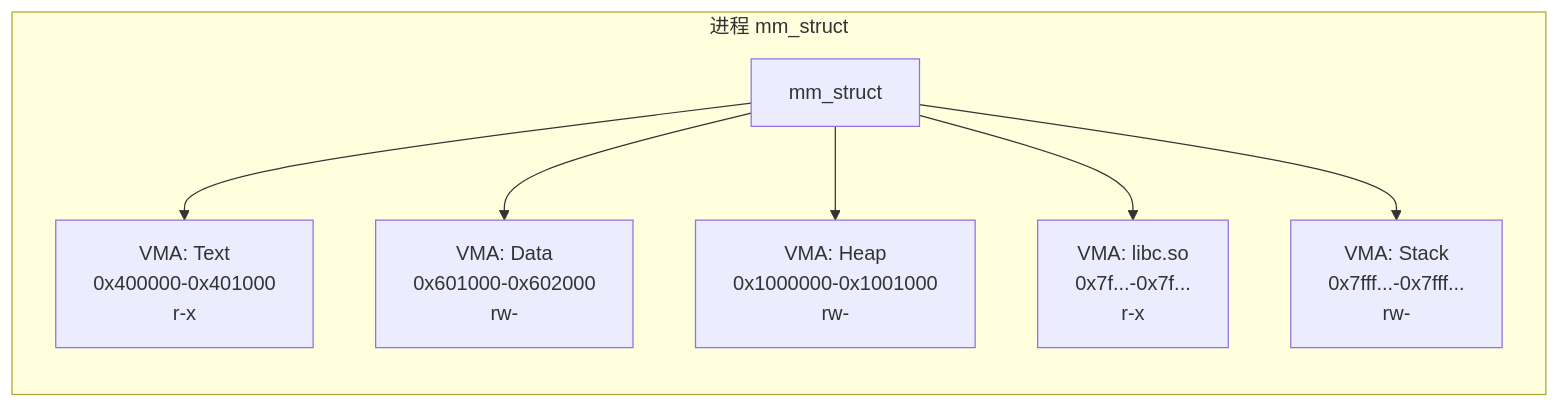
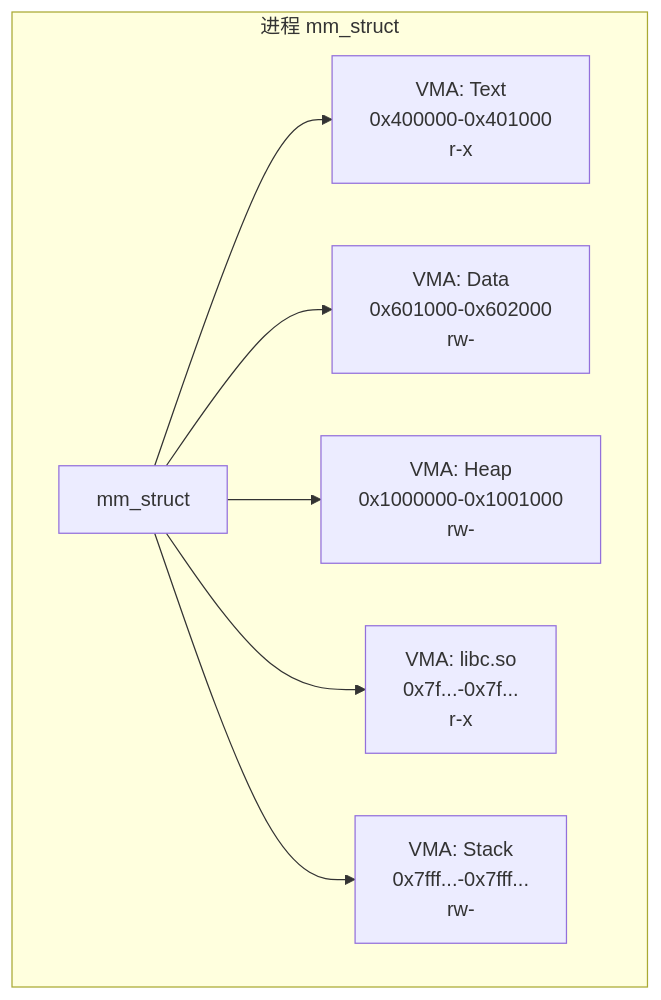
The seventh of 10 diagrams in content/articles/linux/linux-16-内核内存管理详解.md (jpixy/jpixy.github.io), drawn with Mermaid before and after one commit. The commit also changed other lines of this file and 51 other files, not shown here.

First line of the commit message:
feat: add 19 Linux tool deep-dive articles and fix Mermaid layouts

````diff
--- a/content/articles/linux/linux-16-内核内存管理详解.md
+++ b/content/articles/linux/linux-16-内核内存管理详解.md
@@ -404,10 +404,16 @@
 ```mermaid
-graph LR
+graph TB
     subgraph "进程 mm_struct"
-        MM[mm_struct] --> VMA1[VMA: Text<br/>0x400000-0x401000<br/>r-x]
-        MM --> VMA2[VMA: Data<br/>0x601000-0x602000<br/>rw-]
-        MM --> VMA3[VMA: Heap<br/>0x1000000-0x1001000<br/>rw-]
-        MM --> VMA4[VMA: libc.so<br/>0x7f...-0x7f...<br/>r-x]
-        MM --> VMA5[VMA: Stack<br/>0x7fff...-0x7fff...<br/>rw-]
+        MM[mm_struct]
+        VMA1[VMA: Text<br/>0x400000-0x401000<br/>r-x]
+        VMA2[VMA: Data<br/>0x601000-0x602000<br/>rw-]
+        VMA3[VMA: Heap<br/>0x1000000-0x1001000<br/>rw-]
+        VMA4[VMA: libc.so<br/>0x7f...-0x7f...<br/>r-x]
+        VMA5[VMA: Stack<br/>0x7fff...-0x7fff...<br/>rw-]
+        MM --> VMA1
+        MM --> VMA2
+        MM --> VMA3
+        MM --> VMA4
+        MM --> VMA5
     end
 ```
````
